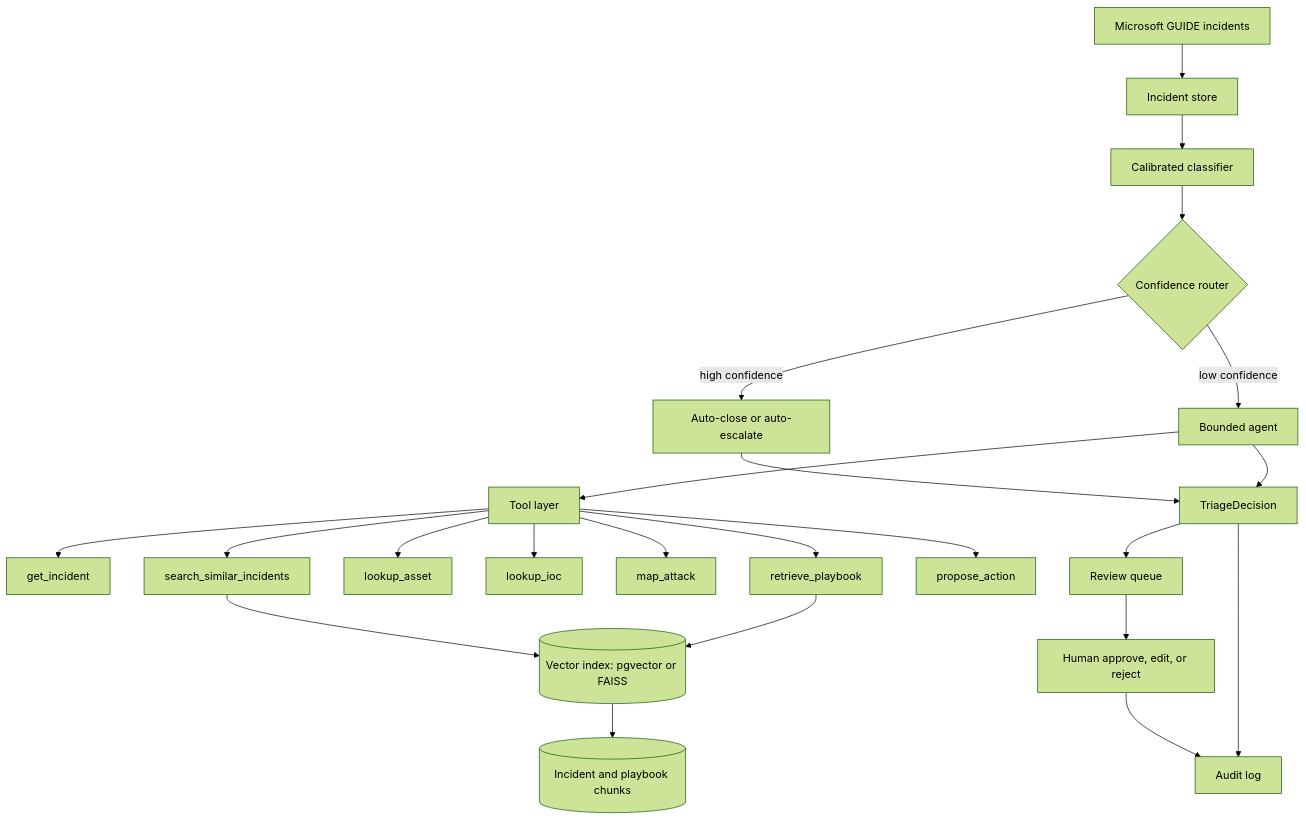
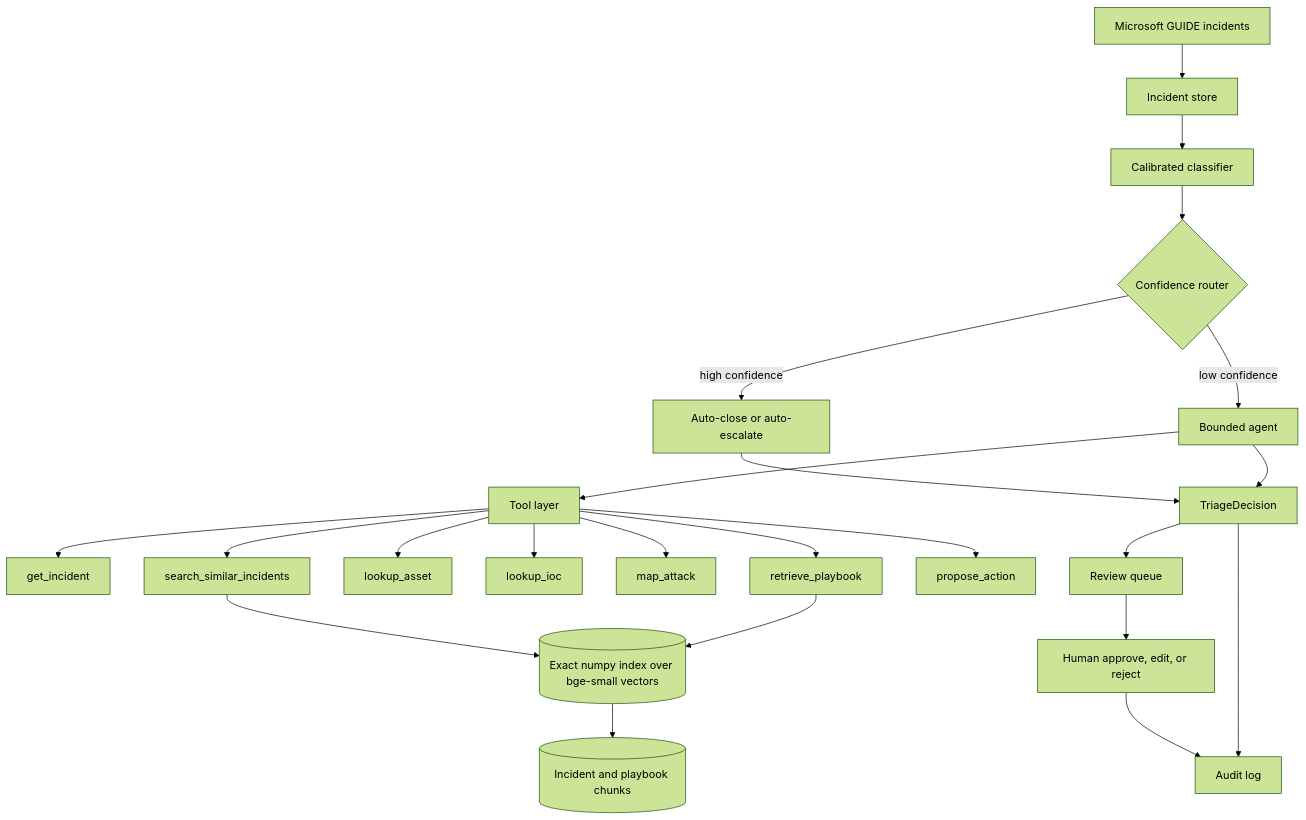
One commit to DhanushPillay/TriageBudget changed the diagram in README.md. Above: the diagram before and after it, drawn with Mermaid (forest theme). The commit also changed other lines of this file, not shown here.

````diff
--- a/README.md
+++ b/README.md
@@ -121,25 +116,25 @@
 ```mermaid
 flowchart TD
     A[Microsoft GUIDE incidents] --> B[Incident store]
     B --> C[Calibrated classifier]
     C --> D{Confidence router}
     D -->|high confidence| E[Auto-close or auto-escalate]
     D -->|low confidence| F[Bounded agent]
     F --> G[Tool layer]
     G --> G1[get_incident]
     G --> G2[search_similar_incidents]
     G --> G3[lookup_asset]
     G --> G4[lookup_ioc]
     G --> G5[map_attack]
     G --> G6[retrieve_playbook]
     G --> G7[propose_action]
-    G2 --> V[(Vector index: pgvector or FAISS)]
+    G2 --> V[(Exact numpy index over bge-small vectors)]
     G6 --> V
     V --> P[(Incident and playbook chunks)]
     F --> H[TriageDecision]
     E --> H
     H --> I[Review queue]
     H --> J[Audit log]
     I --> K[Human approve, edit, or reject]
     K --> J
 ```
````
